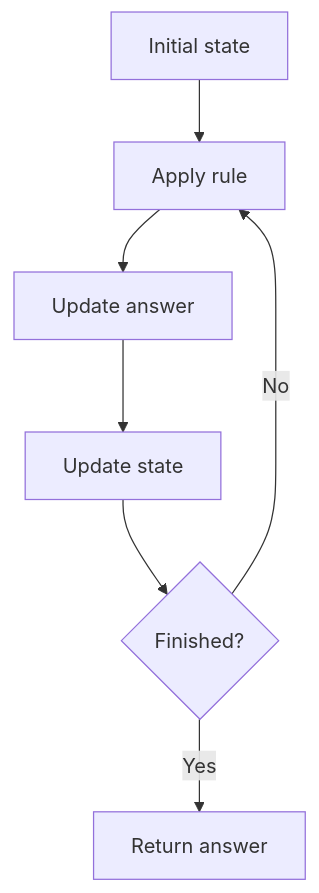
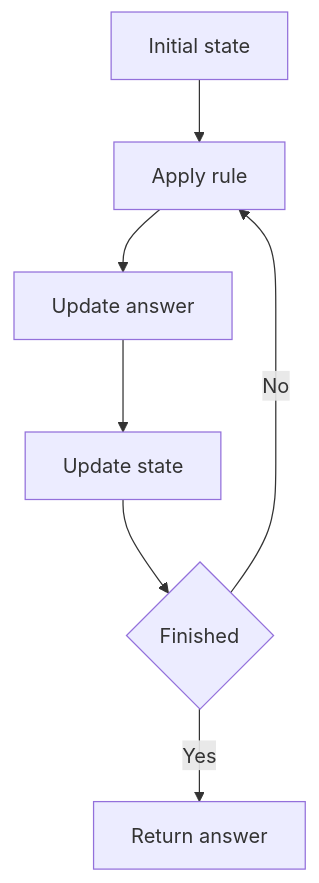
Diagram 12 of 25 in CP_DSA_NOTES/002_CONCEPT_FRAMEWORK_FORMS_TATICS/011_CONTRUCTIVE_ALGORITHMS_CFFT.md (mthaiseer/springcloud-systemdesign-notes), drawn with Mermaid before and after one commit. The commit also changed other lines of this file and 1 other file, not shown here.

````diff
--- a/CP_DSA_NOTES/002_CONCEPT_FRAMEWORK_FORMS_TATICS/011_CONTRUCTIVE_ALGORITHMS_CFFT.md
+++ b/CP_DSA_NOTES/002_CONCEPT_FRAMEWORK_FORMS_TATICS/011_CONTRUCTIVE_ALGORITHMS_CFFT.md
@@ -1029,9 +1024,9 @@
 ```mermaid
 flowchart TD
-    A[Initial state] --> B[Apply rule]
-    B --> C[Update answer]
-    C --> D[Update state]
-    D --> E{Finished?}
+    A["Initial state"] --> B["Apply rule"]
+    B --> C["Update answer"]
+    C --> D["Update state"]
+    D --> E{"Finished"}
     E -->|No| B
-    E -->|Yes| F[Return answer]
+    E -->|Yes| F["Return answer"]
 ```
````
